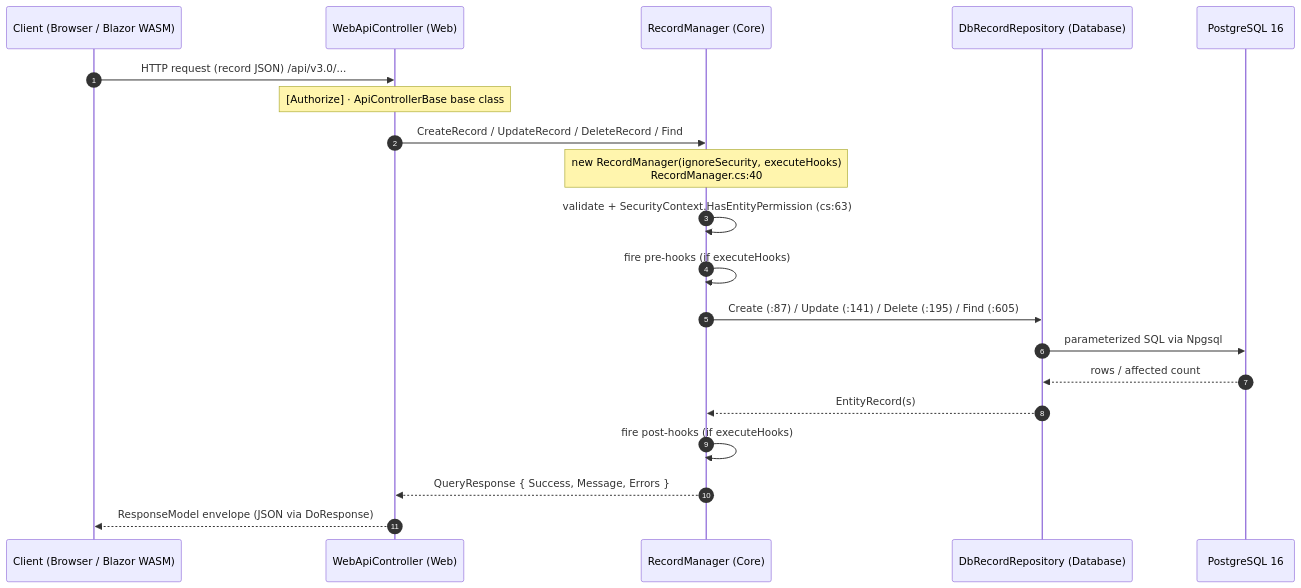
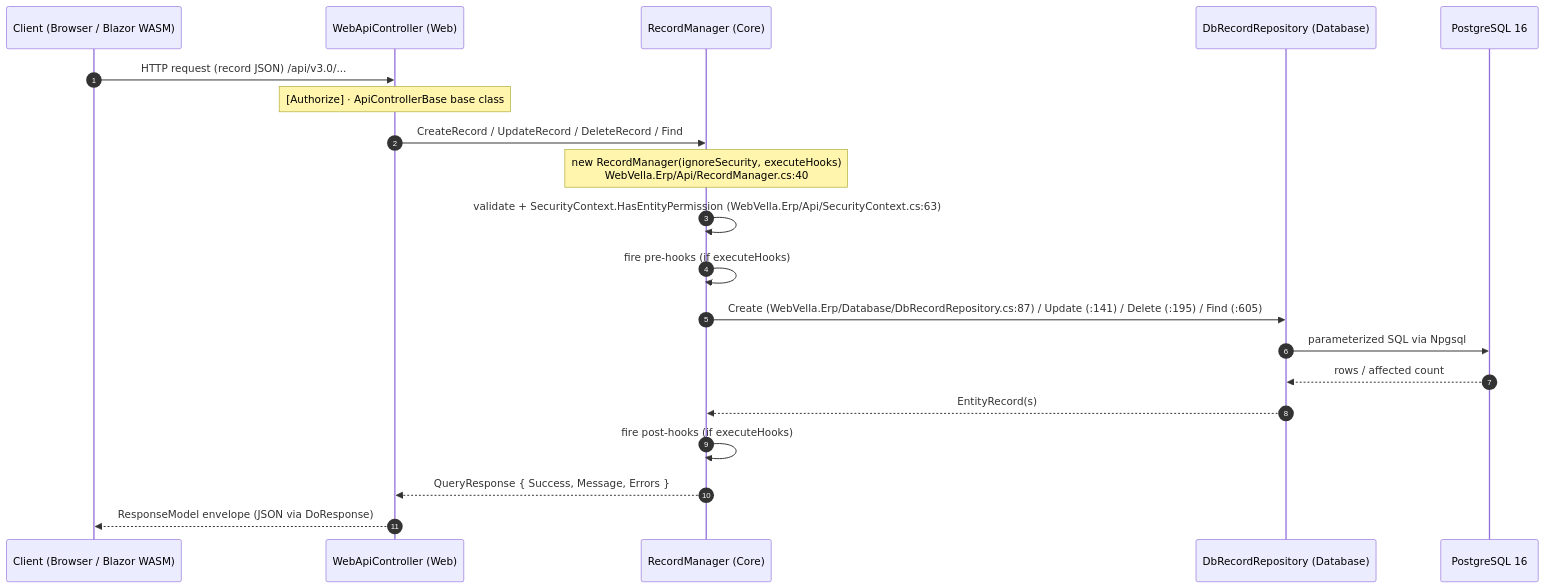
Before and after one commit to blitzy-public-samples/blitzy-WebVella-ERP: the second of 3 diagrams in docs/reverse-engineering/architecture.md, drawn with Mermaid. The commit also changed other lines of this file and 3 other files, not shown here.

````diff
--- a/docs/reverse-engineering/architecture.md
+++ b/docs/reverse-engineering/architecture.md
@@ -219,23 +220,23 @@
 ```mermaid
 sequenceDiagram
     autonumber
     participant C as Client (Browser / Blazor WASM)
     participant API as WebApiController (Web)
     participant RM as RecordManager (Core)
     participant Repo as DbRecordRepository (Database)
     participant PG as PostgreSQL 16
 
     C->>API: HTTP request (record JSON) /api/v3.0/...
     Note over API: [Authorize] · ApiControllerBase base class
     API->>RM: CreateRecord / UpdateRecord / DeleteRecord / Find
-    Note over RM: new RecordManager(ignoreSecurity, executeHooks)<br/>RecordManager.cs:40
-    RM->>RM: validate + SecurityContext.HasEntityPermission (cs:63)
+    Note over RM: new RecordManager(ignoreSecurity, executeHooks)<br/>WebVella.Erp/Api/RecordManager.cs:40
+    RM->>RM: validate + SecurityContext.HasEntityPermission (WebVella.Erp/Api/SecurityContext.cs:63)
     RM->>RM: fire pre-hooks (if executeHooks)
-    RM->>Repo: Create (:87) / Update (:141) / Delete (:195) / Find (:605)
+    RM->>Repo: Create (WebVella.Erp/Database/DbRecordRepository.cs:87) / Update (:141) / Delete (:195) / Find (:605)
     Repo->>PG: parameterized SQL via Npgsql
     PG-->>Repo: rows / affected count
     Repo-->>RM: EntityRecord(s)
     RM->>RM: fire post-hooks (if executeHooks)
     RM-->>API: QueryResponse { Success, Message, Errors }
     API-->>C: ResponseModel envelope (JSON via DoResponse)
 ```
````
